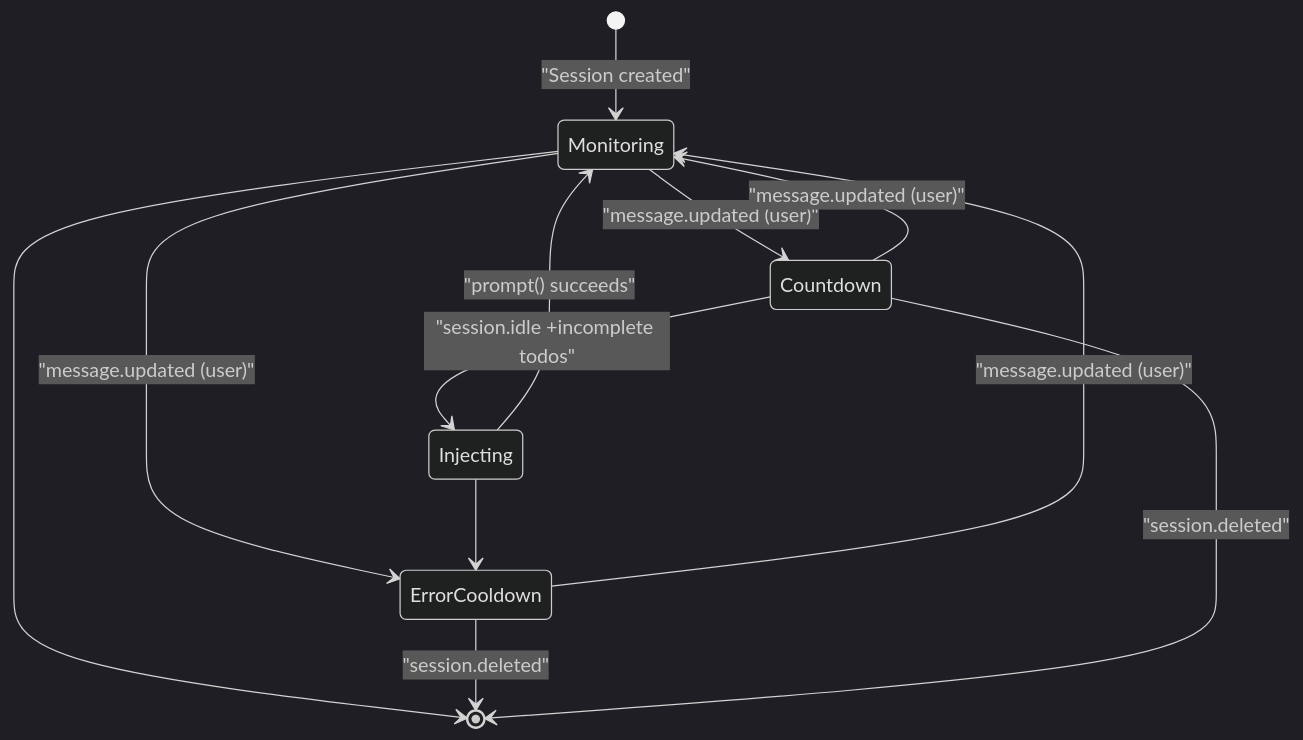
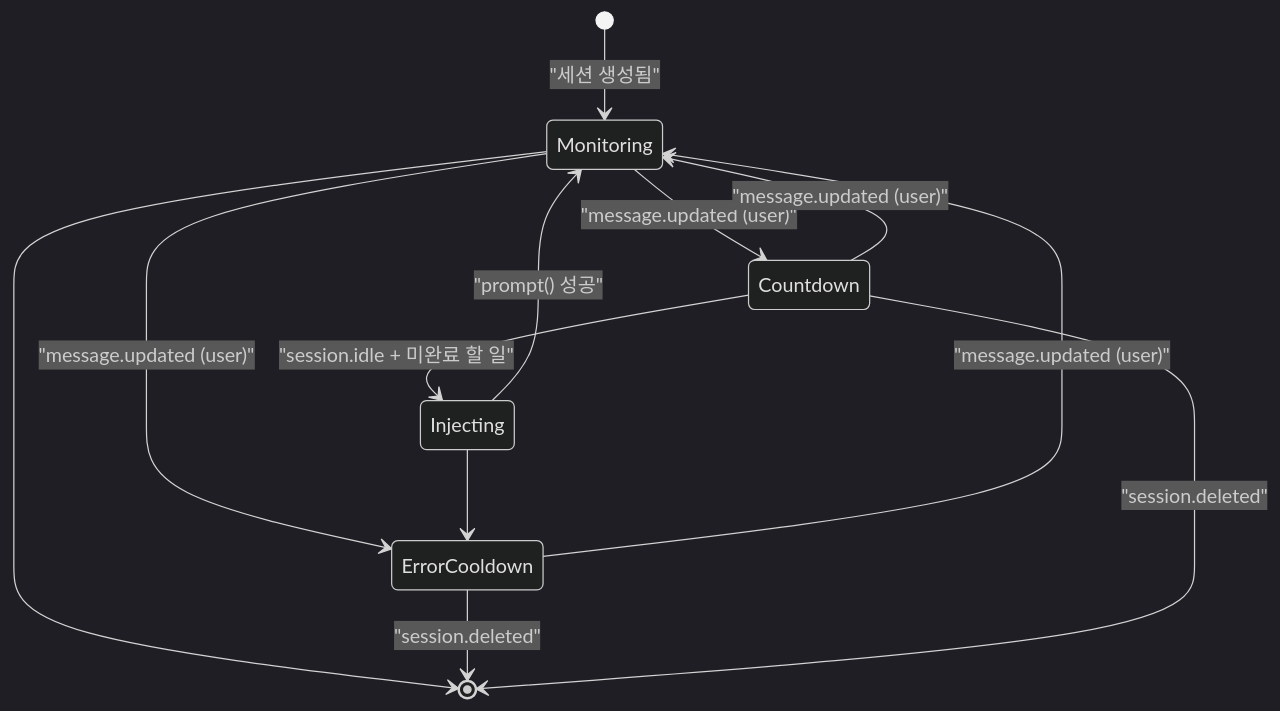
The second of 7 diagrams in docs/reliability/todo-continuation-enforcer.md (felipetruman/oh-my-opencode-docs), drawn with Mermaid (dark theme) before and after one commit. The commit also changed other lines of this file and 76 other files, not shown here.

````diff
--- a/docs/reliability/todo-continuation-enforcer.md
+++ b/docs/reliability/todo-continuation-enforcer.md
@@ -137,14 +137,14 @@
 ```mermaid
 stateDiagram-v2
-    [*] --> Monitoring : "Session created"
+    [*] --> Monitoring : "세션 생성됨"
     Monitoring --> ErrorCooldown : "message.updated (user)"
     Monitoring --> Countdown : "message.updated (user)"
     ErrorCooldown --> Monitoring : "message.updated (user)"
     Countdown --> Monitoring : "message.updated (user)"
-    Countdown --> Injecting : "session.idle +incomplete todos"
-    Injecting --> Monitoring : "prompt() succeeds"
+    Countdown --> Injecting : "session.idle + 미완료 할 일"
+    Injecting --> Monitoring : "prompt() 성공"
     Injecting --> ErrorCooldown
     Monitoring --> [*]
     ErrorCooldown --> [*] : "session.deleted"
     Countdown --> [*] : "session.deleted"
 ```
````
